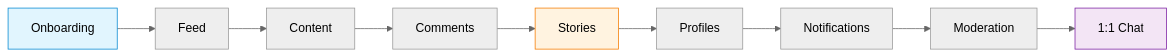
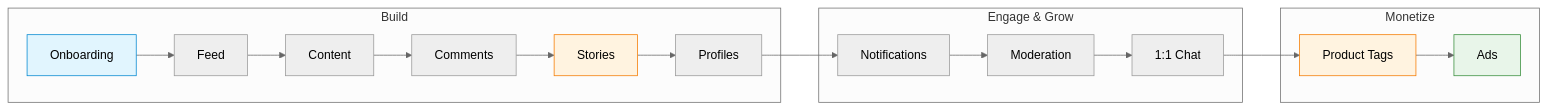
Before and after one commit to AmityCo/social-plus-docs: the first of 8 diagrams in use-cases/choose-your-path.mdx, drawn with Mermaid (neutral theme). The commit also changed other lines of this file and 6 other files, not shown here.

````diff
--- a/use-cases/choose-your-path.mdx
+++ b/use-cases/choose-your-path.mdx
@@ -43,15 +43,24 @@
 ```mermaid
 graph LR
-    A["Onboarding"] --> B["Feed"]
-    B --> C["Content"]
-    C --> D["Comments"]
-    D --> E["Stories"]
-    E --> F["Profiles"]
-    F --> G["Notifications"]
-    G --> H["Moderation"]
-    H --> I["1:1 Chat"]
+    subgraph Build
+        A["Onboarding"] --> B["Feed"]
+        B --> C["Content"]
+        C --> D["Comments"]
+        D --> E["Stories"]
+        E --> F["Profiles"]
+    end
+    subgraph Engage & Grow
+        G["Notifications"] --> H["Moderation"]
+        H --> I["1:1 Chat"]
+    end
+    subgraph Monetize
+        J["Product Tags"] --> K["Ads"]
+    end
+    F --> G
+    I --> J
 
     style A fill:#e1f5fe,stroke:#0288d1
     style E fill:#fff3e0,stroke:#f57c00
-    style I fill:#f3e5f5,stroke:#7b1fa2
+    style J fill:#fff3e0,stroke:#f57c00
+    style K fill:#e8f5e9,stroke:#388e3c
 ```
````
